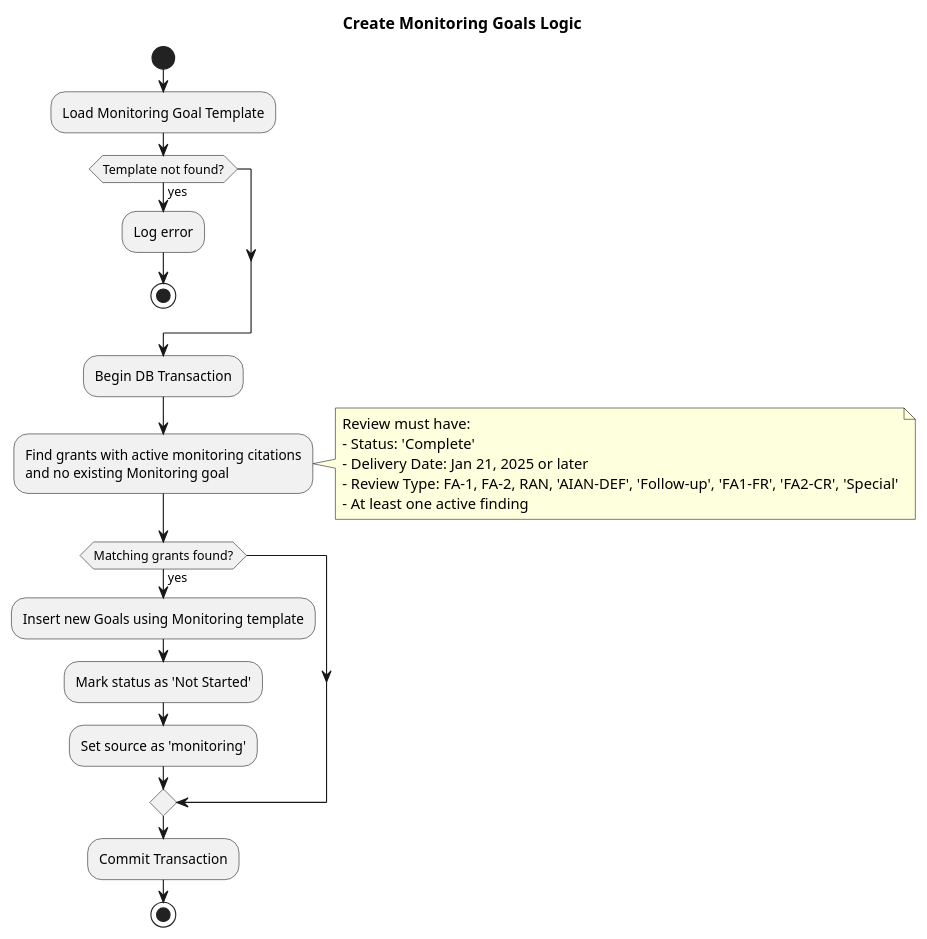
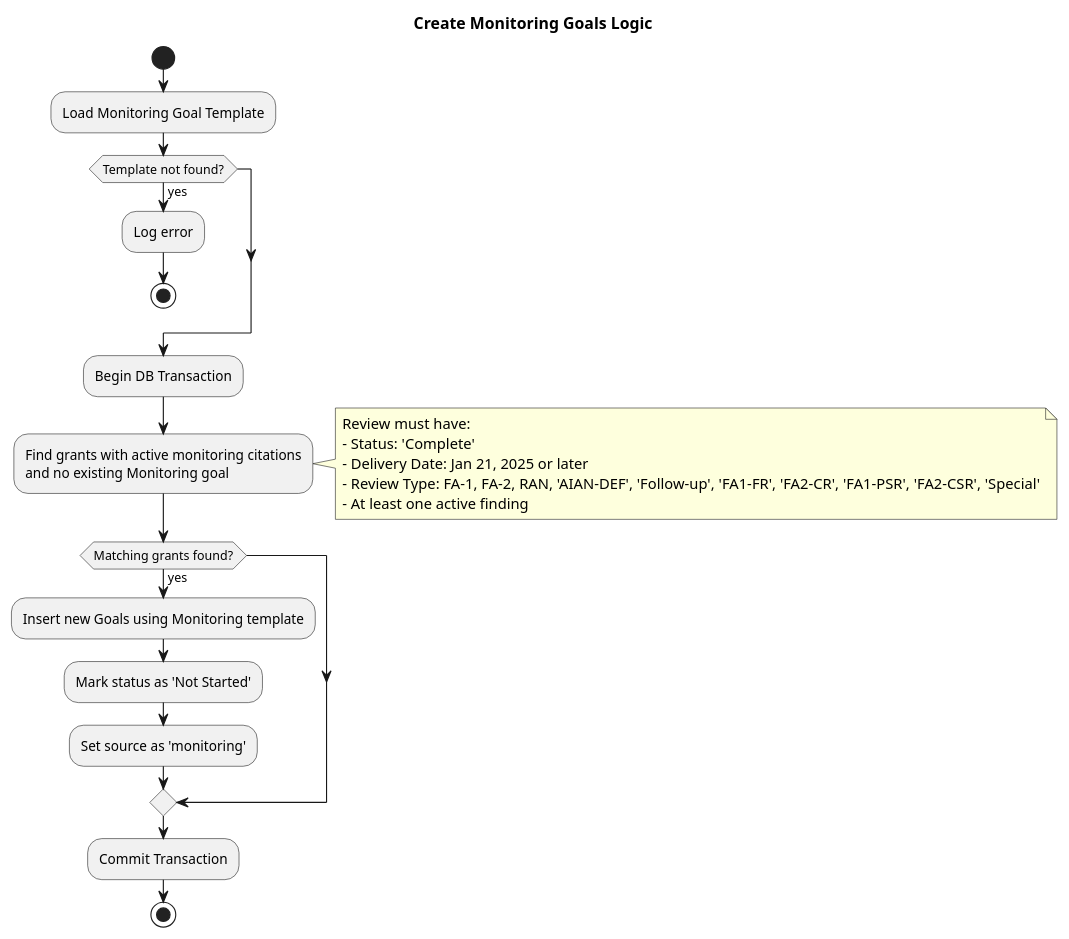
One commit to HHS/Head-Start-TTADP changed the diagram in docs/flow-diagrams/monitoring-goal-create-flow.puml. Above: the diagram before and after it, drawn with PlantUML. The commit also changed 3 other files, not shown here.

Commit message:
Add the new FA1-PSR and FA2-CSR review types to goal creation

```diff
--- a/docs/flow-diagrams/monitoring-goal-create-flow.puml
+++ b/docs/flow-diagrams/monitoring-goal-create-flow.puml
@@ -1,35 +1,35 @@
 @startuml
 !pragma useVerticalIf on
 title Create Monitoring Goals Logic
 
 start
 
 :Load Monitoring Goal Template;
 
 if (Template not found?) then (yes)
   :Log error;
   stop
 endif
 
 :Begin DB Transaction;
 
 :Find grants with active monitoring citations\nand no existing Monitoring goal;
 
 note right
   Review must have:
   - Status: 'Complete'
   - Delivery Date: Jan 21, 2025 or later
-  - Review Type: FA-1, FA-2, RAN, 'AIAN-DEF', 'Follow-up', 'FA1-FR', 'FA2-CR', 'Special'
+  - Review Type: FA-1, FA-2, RAN, 'AIAN-DEF', 'Follow-up', 'FA1-FR', 'FA2-CR', 'FA1-PSR', 'FA2-CSR', 'Special'
   - At least one active finding
 end note
 
 if (Matching grants found?) then (yes)
   :Insert new Goals using Monitoring template;
   :Mark status as 'Not Started';
   :Set source as 'monitoring';
 endif
 
 :Commit Transaction;
 
 stop
 @enduml
```
